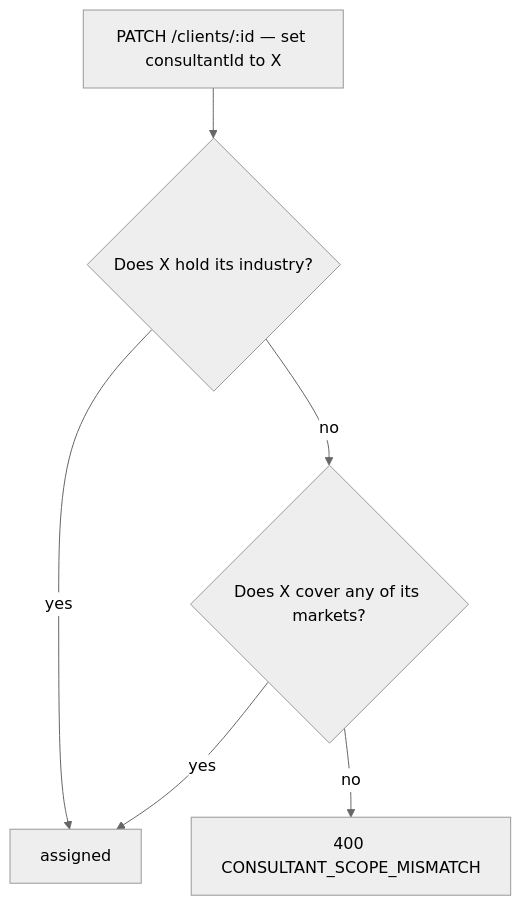
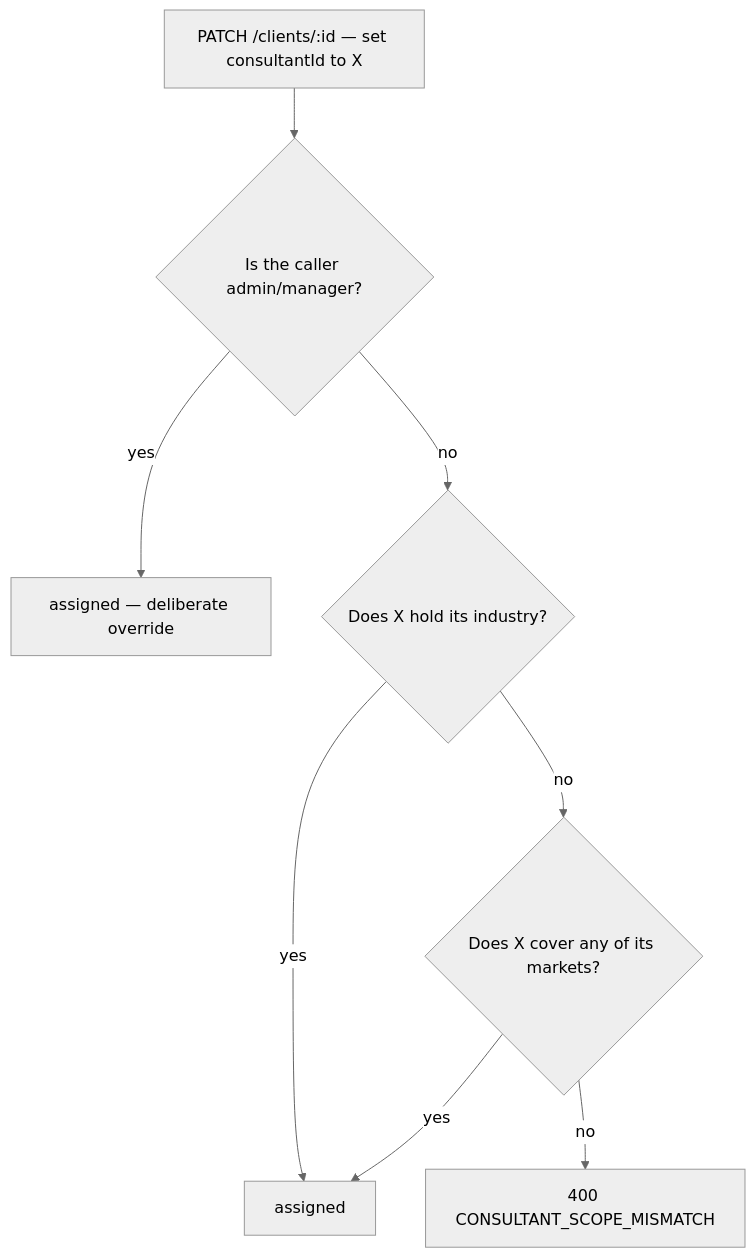
One commit to Marcuswong0327/linktal-recruitment-os changed the fifth of 6 diagrams in docs/scope-explained.md. Above: the diagram before and after it, drawn with Mermaid (neutral theme). The commit also changed other lines of this file and 17 other files, not shown here.

````diff
--- a/docs/scope-explained.md
+++ b/docs/scope-explained.md
@@ -422,8 +441,10 @@
 ```mermaid
 flowchart TD
-    A["PATCH /clients/:id — set consultantId to X"] --> B{"Does X hold its industry?"}
-    B -- yes --> OK["assigned"]
+    A["PATCH /clients/:id — set consultantId to X"] --> Z{"Is the caller admin/manager?"}
+    Z -- yes --> OK["assigned — deliberate override"]
+    Z -- no --> B{"Does X hold its industry?"}
+    B -- yes --> OK2["assigned"]
     B -- no --> C{"Does X cover any of its markets?"}
-    C -- yes --> OK
+    C -- yes --> OK2
     C -- no --> ERR["400 CONSULTANT_SCOPE_MISMATCH"]
 ```
````
